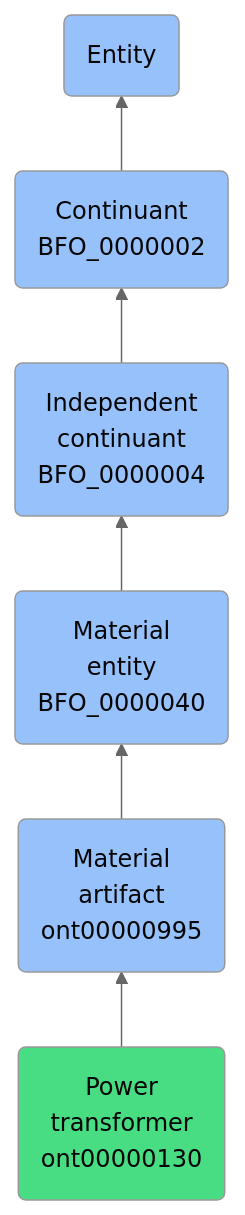
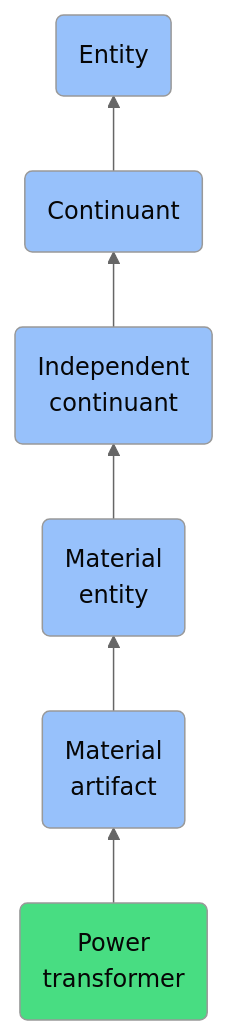
Before and after one commit to jupyter-naas/abi: the diagram in docs/ontology/reference/model/Entity/Continuant/Independent continuant/Material entity/Material artifact/Power transformer/Power transformer.md, drawn with Mermaid (neutral theme). The commit also changed other lines of this file and 1430 other files, not shown here.

````diff
--- a/docs/ontology/reference/model/Entity/Continuant/Independent continuant/Material entity/Material artifact/Power transformer/Power transformer.md
+++ b/docs/ontology/reference/model/Entity/Continuant/Independent continuant/Material entity/Material artifact/Power transformer/Power transformer.md
@@ -24,13 +24,13 @@
 ```mermaid
 graph BT
-    ont00000130(Power<br>transformer<br>ont00000130):::ABI-->ont00000995
-    ont00000995(Material<br>artifact<br>ont00000995):::BFO-->BFO_0000040
-    BFO_0000040(Material<br>entity<br>BFO_0000040):::BFO-->BFO_0000004
-    BFO_0000004(Independent<br>continuant<br>BFO_0000004):::BFO-->BFO_0000002
-    BFO_0000002(Continuant<br>BFO_0000002):::BFO-->BFO_0000001
+    ont00000130(Power<br>transformer):::ABI-->ont00000995
+    ont00000995(Material<br>artifact):::BFO-->BFO_0000040
+    BFO_0000040(Material<br>entity):::BFO-->BFO_0000004
+    BFO_0000004(Independent<br>continuant):::BFO-->BFO_0000002
+    BFO_0000002(Continuant):::BFO-->BFO_0000001
     BFO_0000001(Entity):::BFO
     
     classDef BFO fill:#97c1fb,color:#060606
     classDef CCO fill:#e4c51e,color:#060606
     classDef ABI fill:#48DD82,color:#060606
 ```
````
